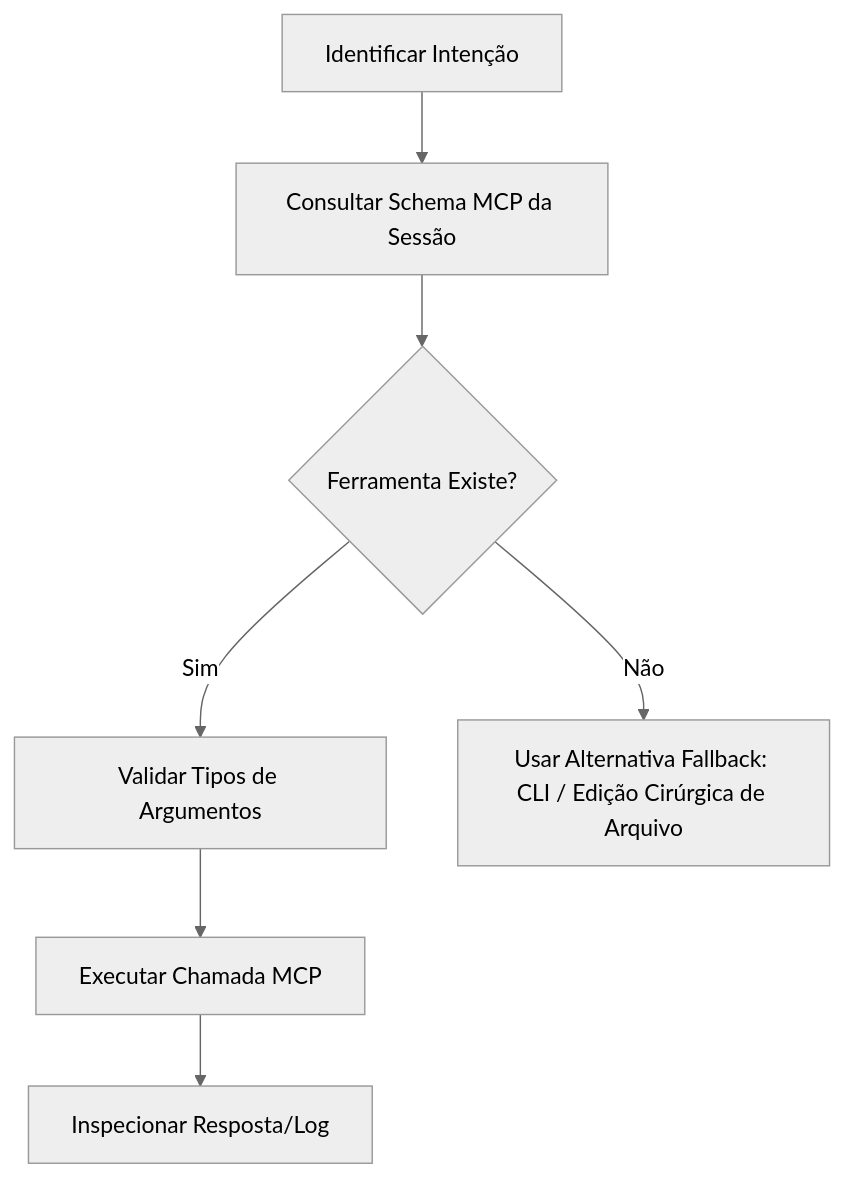
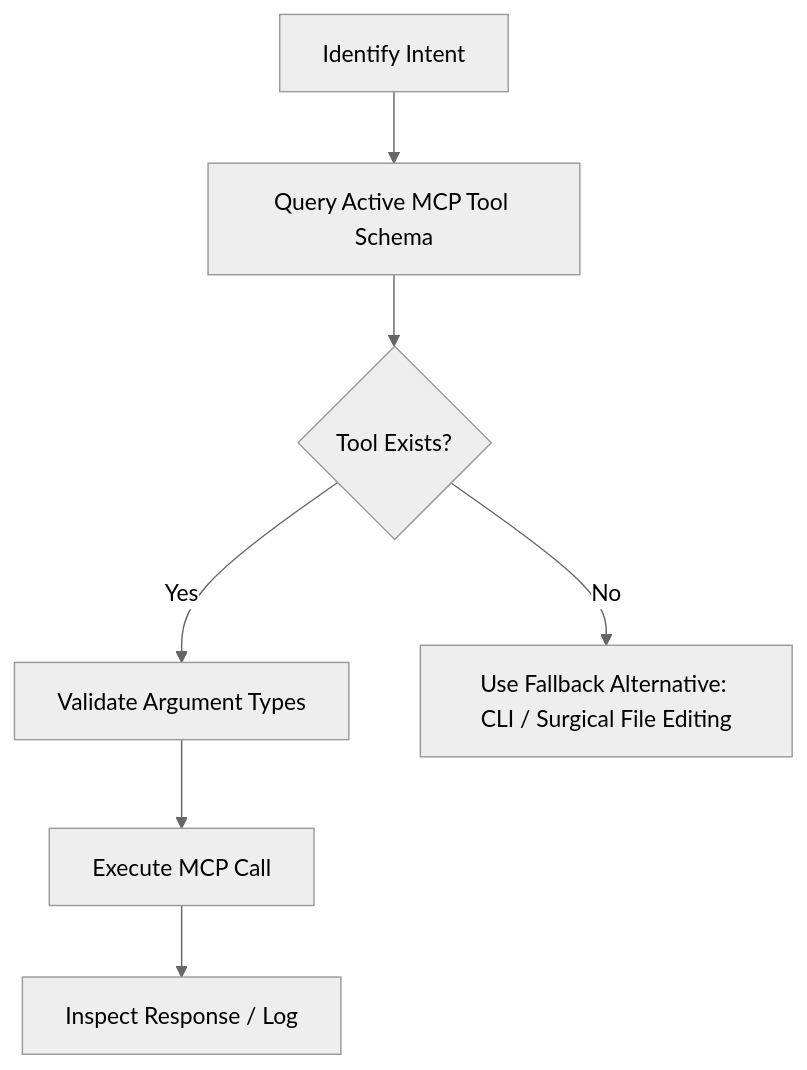
One commit to Henzen3d/godot-4-development changed the diagram in references/godot-mcp-tools.md. Above: the diagram before and after it, drawn with Mermaid (neutral theme). The commit also changed other lines of this file and 10 other files, not shown here.

````diff
--- a/references/godot-mcp-tools.md
+++ b/references/godot-mcp-tools.md
@@ -26,9 +26,9 @@
 ```mermaid
 flowchart TD
-    A[Identificar Intenção] --> B[Consultar Schema MCP da Sessão]
-    B --> C{Ferramenta Existe?}
-    C -- Sim --> D[Validar Tipos de Argumentos]
-    D --> E[Executar Chamada MCP]
-    E --> F[Inspecionar Resposta/Log]
-    C -- Não --> G[Usar Alternativa Fallback: CLI / Edição Cirúrgica de Arquivo]
+    A[Identify Intent] --> B[Query Active MCP Tool Schema]
+    B --> C{Tool Exists?}
+    C -- Yes --> D[Validate Argument Types]
+    D --> E[Execute MCP Call]
+    E --> F[Inspect Response / Log]
+    C -- No --> G[Use Fallback Alternative: CLI / Surgical File Editing]
 ```
````
